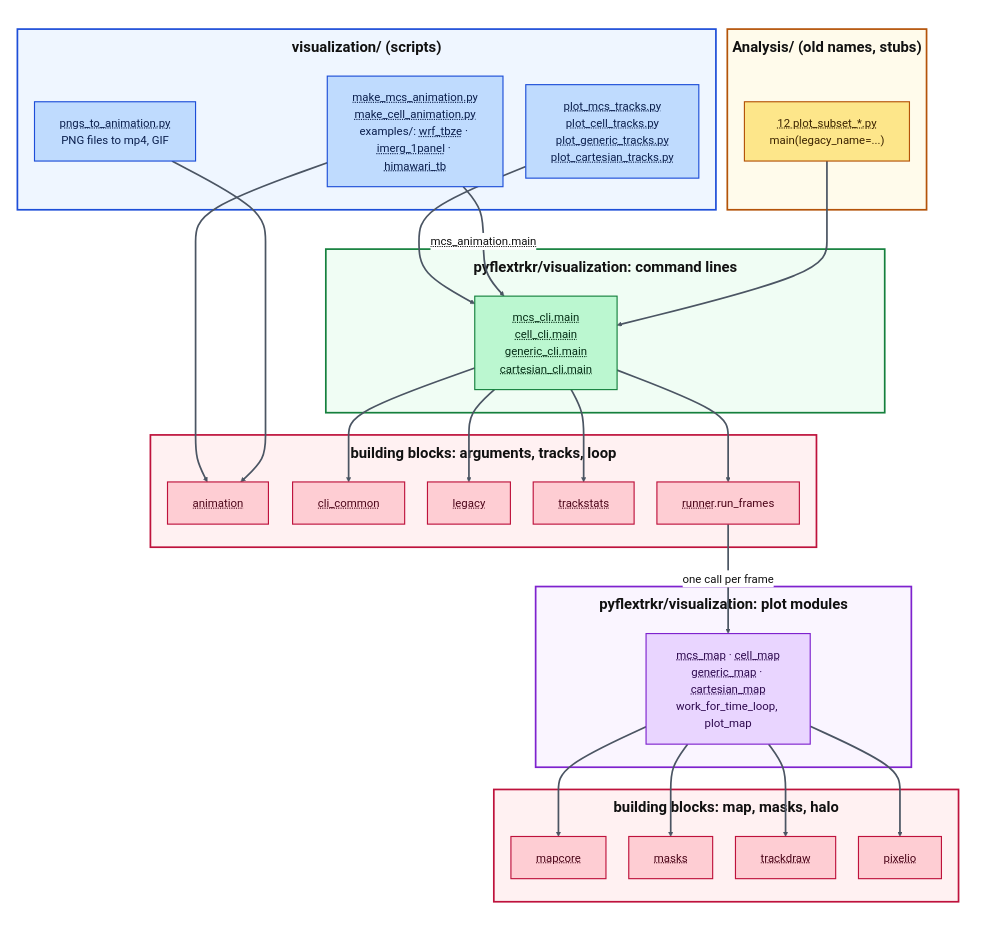
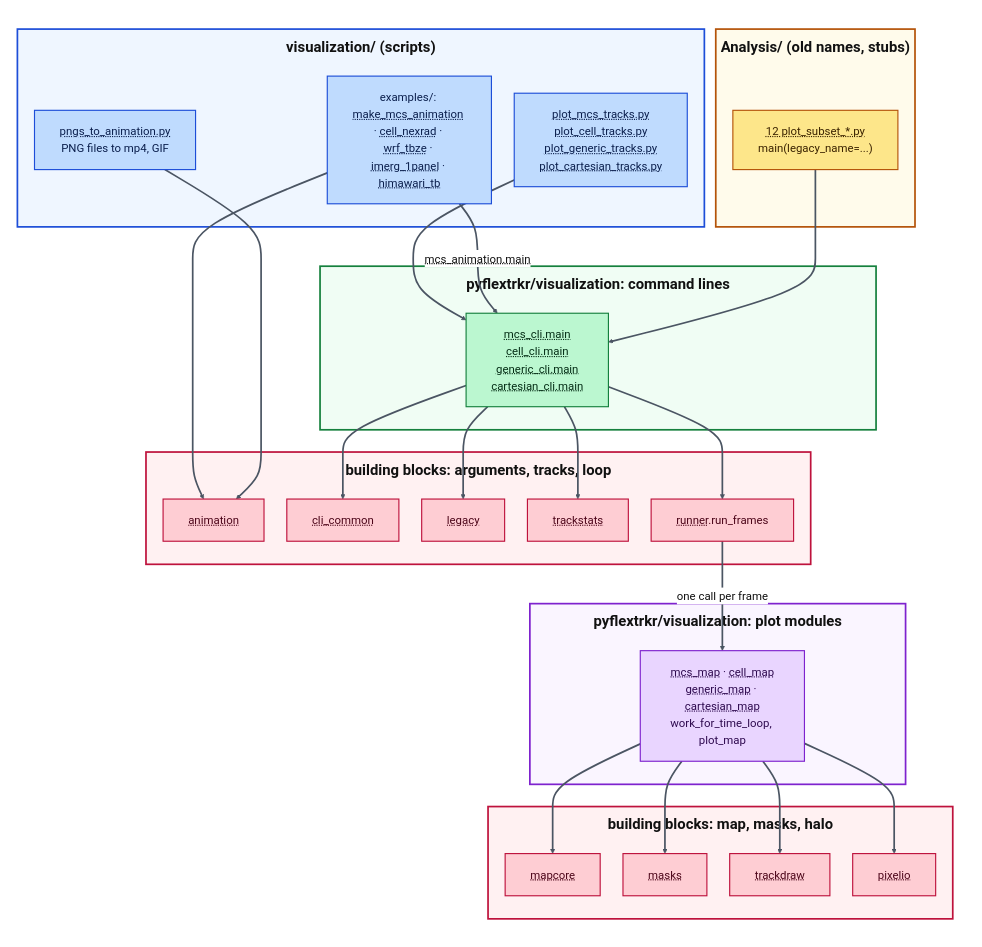
The first of 2 diagrams in docs/visualization/structure.md (FlexTRKR/PyFLEXTRKR), drawn with Mermaid before and after one commit. The commit also changed other lines of this file and 64 other files, not shown here.

````diff
--- a/docs/visualization/structure.md
+++ b/docs/visualization/structure.md
@@ -50,60 +50,60 @@
 ```mermaid
 %%{init: {"theme": "base", "themeVariables": {"fontSize": "20px", "lineColor": "#4b5563", "primaryTextColor": "#111111", "edgeLabelBackground": "#ffffff"}, "flowchart": {"htmlLabels": true, "nodeSpacing": 40, "rankSpacing": 56, "padding": 22, "diagramPadding": 0, "curve": "basis", "subGraphTitleMargin": {"top": 12, "bottom": 30}}}}%%
 flowchart TB
   subgraph all["&nbsp;"]
     direction TB
     subgraph vis["<b style='font-size:26px;color:#111111'>visualization/ (scripts)</b>"]
       PS["<a href='../../visualization/plot_mcs_tracks.py' style='color:inherit;text-decoration:underline dotted'>plot_mcs_tracks.py</a><br/><a href='../../visualization/plot_cell_tracks.py' style='color:inherit;text-decoration:underline dotted'>plot_cell_tracks.py</a><br/><a href='../../visualization/plot_generic_tracks.py' style='color:inherit;text-decoration:underline dotted'>plot_generic_tracks.py</a><br/><a href='../../visualization/plot_cartesian_tracks.py' style='color:inherit;text-decoration:underline dotted'>plot_cartesian_tracks.py</a>"]
-      WR["<a href='../../visualization/make_mcs_animation.py' style='color:inherit;text-decoration:underline dotted'>make_mcs_animation.py</a><br/><a href='../../visualization/make_cell_animation.py' style='color:inherit;text-decoration:underline dotted'>make_cell_animation.py</a><br/>examples/: <a href='../../visualization/examples/make_mcs_animation_wrf_tbze.py' style='color:inherit;text-decoration:underline dotted'>wrf_tbze</a> · <a href='../../visualization/examples/make_mcs_animation_imerg_1panel.py' style='color:inherit;text-decoration:underline dotted'>imerg_1panel</a> · <a href='../../visualization/examples/make_mcs_animation_himawari_tb.py' style='color:inherit;text-decoration:underline dotted'>himawari_tb</a>"]
+      WR["examples/: <a href='../../visualization/examples/make_mcs_animation.py' style='color:inherit;text-decoration:underline dotted'>make_mcs_animation</a> · <a href='../../visualization/examples/make_cell_animation_nexrad.py' style='color:inherit;text-decoration:underline dotted'>cell_nexrad</a> · <a href='../../visualization/examples/make_mcs_animation_wrf_tbze.py' style='color:inherit;text-decoration:underline dotted'>wrf_tbze</a> · <a href='../../visualization/examples/make_mcs_animation_imerg_1panel.py' style='color:inherit;text-decoration:underline dotted'>imerg_1panel</a> · <a href='../../visualization/examples/make_mcs_animation_himawari_tb.py' style='color:inherit;text-decoration:underline dotted'>himawari_tb</a>"]
       PA["<a href='../../visualization/pngs_to_animation.py' style='color:inherit;text-decoration:underline dotted'>pngs_to_animation.py</a><br/>PNG files to mp4, GIF"]
     end
     subgraph old["<b style='font-size:26px;color:#111111'>Analysis/ (old names, stubs)</b>"]
       ST["<a href='inventory.md#old-script---new-command' style='color:inherit;text-decoration:underline dotted'>12 plot_subset_*.py</a><br/>main(legacy_name=...)"]
     end
     subgraph cli["<b style='font-size:26px;color:#111111'>pyflextrkr/visualization: command lines</b>"]
       CL["<a href='../../pyflextrkr/visualization/mcs_cli.py' style='color:inherit;text-decoration:underline dotted'>mcs_cli.main</a><br/><a href='../../pyflextrkr/visualization/cell_cli.py' style='color:inherit;text-decoration:underline dotted'>cell_cli.main</a><br/><a href='../../pyflextrkr/visualization/generic_cli.py' style='color:inherit;text-decoration:underline dotted'>generic_cli.main</a><br/><a href='../../pyflextrkr/visualization/cartesian_cli.py' style='color:inherit;text-decoration:underline dotted'>cartesian_cli.main</a>"]
     end
     subgraph run["<b style='font-size:26px;color:#111111'>building blocks: arguments, tracks, loop</b>"]
       CC["<a href='../../pyflextrkr/visualization/cli_common.py' style='color:inherit;text-decoration:underline dotted'>cli_common</a>"]
       LG["<a href='../../pyflextrkr/visualization/legacy.py' style='color:inherit;text-decoration:underline dotted'>legacy</a>"]
       TS["<a href='../../pyflextrkr/visualization/trackstats.py' style='color:inherit;text-decoration:underline dotted'>trackstats</a>"]
       RUN["<a href='../../pyflextrkr/visualization/runner.py' style='color:inherit;text-decoration:underline dotted'>runner</a>.run_frames"]
       AN["<a href='../../pyflextrkr/visualization/animation.py' style='color:inherit;text-decoration:underline dotted'>animation</a>"]
     end
     subgraph plot["<b style='font-size:26px;color:#111111'>pyflextrkr/visualization: plot modules</b>"]
       MP["<a href='../../pyflextrkr/visualization/mcs_map.py' style='color:inherit;text-decoration:underline dotted'>mcs_map</a> · <a href='../../pyflextrkr/visualization/cell_map.py' style='color:inherit;text-decoration:underline dotted'>cell_map</a><br/><a href='../../pyflextrkr/visualization/generic_map.py' style='color:inherit;text-decoration:underline dotted'>generic_map</a> · <a href='../../pyflextrkr/visualization/cartesian_map.py' style='color:inherit;text-decoration:underline dotted'>cartesian_map</a><br/>work_for_time_loop, plot_map"]
     end
     subgraph maps["<b style='font-size:26px;color:#111111'>building blocks: map, masks, halo</b>"]
       MC["<a href='../../pyflextrkr/visualization/mapcore.py' style='color:inherit;text-decoration:underline dotted'>mapcore</a>"]
       MK["<a href='../../pyflextrkr/visualization/masks.py' style='color:inherit;text-decoration:underline dotted'>masks</a>"]
       TD["<a href='../../pyflextrkr/visualization/trackdraw.py' style='color:inherit;text-decoration:underline dotted'>trackdraw</a>"]
       PX2["<a href='../../pyflextrkr/visualization/pixelio.py' style='color:inherit;text-decoration:underline dotted'>pixelio</a>"]
     end
   end
   PS --> CL
   WR -->|"<a href='../../pyflextrkr/visualization/mcs_animation.py' style='color:inherit;text-decoration:underline dotted'>mcs_animation.main</a>"| CL
   ST --> CL
   WR --> AN
   PA --> AN
   CL --> CC & LG & TS & RUN
   RUN -->|"one call per frame"| MP
   MP --> MC & MK & TD & PX2
   classDef cvis fill:#bfdbfe,stroke:#1d4ed8,stroke-width:2px,color:#0b1f4d
   classDef cold fill:#fde68a,stroke:#b45309,stroke-width:2px,color:#3b2300
   classDef ccli fill:#bbf7d0,stroke:#15803d,stroke-width:2px,color:#052e16
   classDef cplot fill:#e9d5ff,stroke:#7e22ce,stroke-width:2px,color:#2e0a4f
   classDef cblk fill:#fecdd3,stroke:#be123c,stroke-width:2px,color:#4c0519
   class PS,WR,PA cvis
   class ST cold
   class CL ccli
   class MP cplot
   class CC,LG,TS,RUN,AN,MC,MK,TD,PX2 cblk
   style all fill:#ffffff,stroke:#ffffff
   style vis fill:#eff6ff,stroke:#1d4ed8,stroke-width:3px
   style old fill:#fffbeb,stroke:#b45309,stroke-width:3px
   style cli fill:#f0fdf4,stroke:#15803d,stroke-width:3px
   style plot fill:#faf5ff,stroke:#7e22ce,stroke-width:3px
   style run fill:#fff1f2,stroke:#be123c,stroke-width:3px
   style maps fill:#fff1f2,stroke:#be123c,stroke-width:3px
   linkStyle default stroke-width:3px
 ```
````
